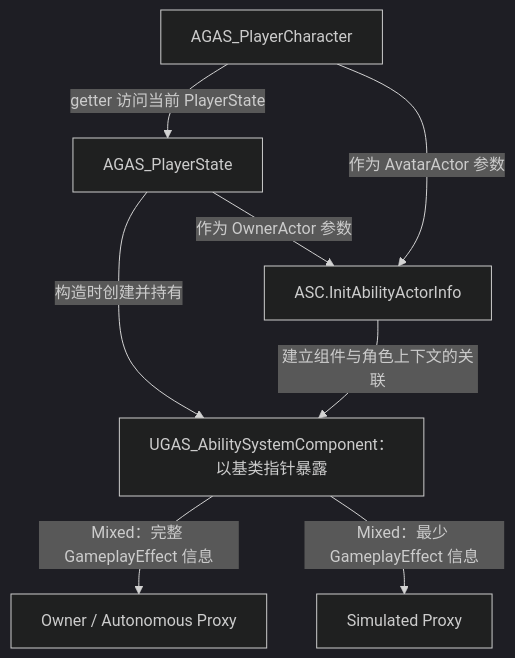
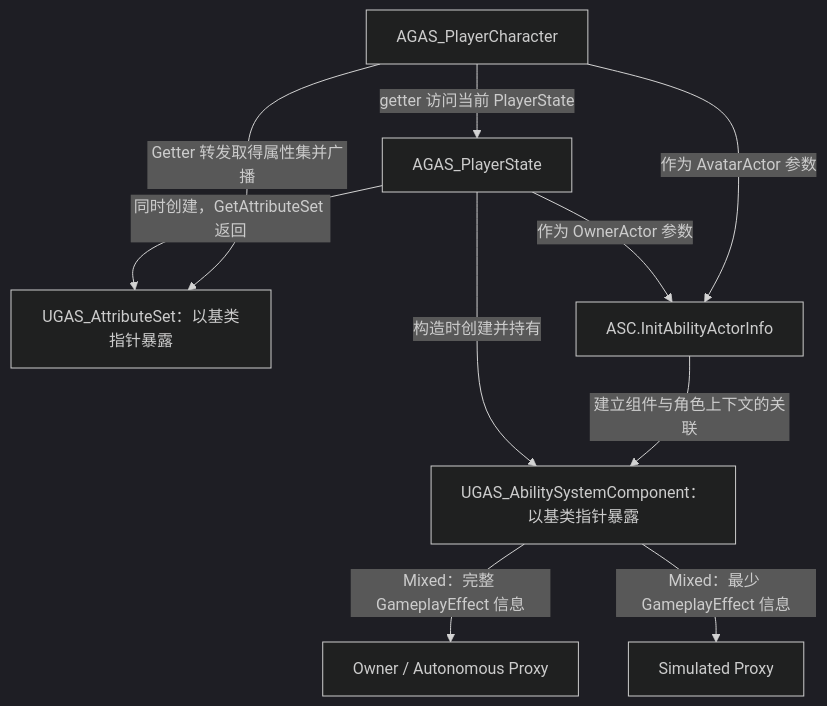
The diagram in Player/PlayerState.md (xue1ong/GAS_StudyNotes), drawn with Mermaid (dark theme) before and after one commit. The commit also changed other lines of this file and 17 other files, not shown here.

````diff
--- a/Player/PlayerState.md
+++ b/Player/PlayerState.md
@@ -59,10 +62,12 @@
 ```mermaid
 flowchart TD
     state["AGAS_PlayerState"] -->|"构造时创建并持有"| asc["UGAS_AbilitySystemComponent：以基类指针暴露"]
+    state -->|"同时创建，GetAttributeSet 返回"| attributes["UGAS_AttributeSet：以基类指针暴露"]
+    character["AGAS_PlayerCharacter"] -->|"Getter 转发取得属性集并广播"| attributes
     state -->|"作为 OwnerActor 参数"| info["ASC.InitAbilityActorInfo"]
     character["AGAS_PlayerCharacter"] -->|"作为 AvatarActor 参数"| info
     character -->|"getter 访问当前 PlayerState"| state
     info -->|"建立组件与角色上下文的关联"| asc
     asc -->|"Mixed：完整 GameplayEffect 信息"| owner["Owner / Autonomous Proxy"]
     asc -->|"Mixed：最少 GameplayEffect 信息"| proxy["Simulated Proxy"]
 ```
````
